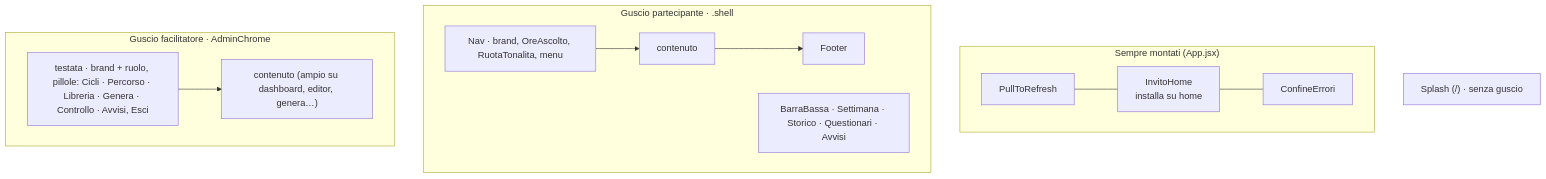
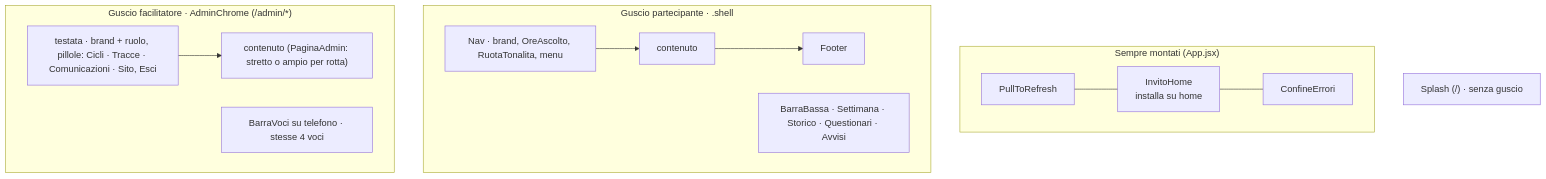
One commit to salonbookingsystemou-dot/conscio changed the diagram in docs/interfaccia.md. Above: the diagram before and after it, drawn with Mermaid. The commit also changed other lines of this file and 43 other files, not shown here.

Commit message:
Il facilitatore lavora sotto /admin con quattro voci: Cicli, Tracce, Comunicazioni, Sito; le tracce si creano, modificano e controllano da un'unica pagina.

````diff
--- a/docs/interfaccia.md
+++ b/docs/interfaccia.md
@@ -13,14 +13,15 @@
 ```mermaid
 flowchart TB
   subgraph Globali["Sempre montati (App.jsx)"]
     PTR[PullToRefresh] --- IH[InvitoHome<br/>installa su home] --- CE[ConfineErrori]
   end
   subgraph Part["Guscio partecipante · .shell"]
     NAV["Nav · brand, OreAscolto, RuotaTonalita, menu"] --> CONT1[contenuto] --> FOOT[Footer]
     BB["BarraBassa · Settimana · Storico · Questionari · Avvisi"]
   end
-  subgraph Fac["Guscio facilitatore · AdminChrome"]
-    TOP["testata · brand + ruolo, pillole: Cicli · Percorso · Libreria · Genera · Controllo · Avvisi, Esci"] --> CONT2["contenuto (ampio su dashboard, editor, genera…)"]
+  subgraph Fac["Guscio facilitatore · AdminChrome (/admin/*)"]
+    TOP["testata · brand + ruolo, pillole: Cicli · Tracce · Comunicazioni · Sito, Esci"] --> CONT2["contenuto (PaginaAdmin: stretto o ampio per rotta)"]
+    BBF["BarraVoci su telefono · stesse 4 voci"]
   end
   SPL["Splash (/) · senza guscio"]
 ```
````
